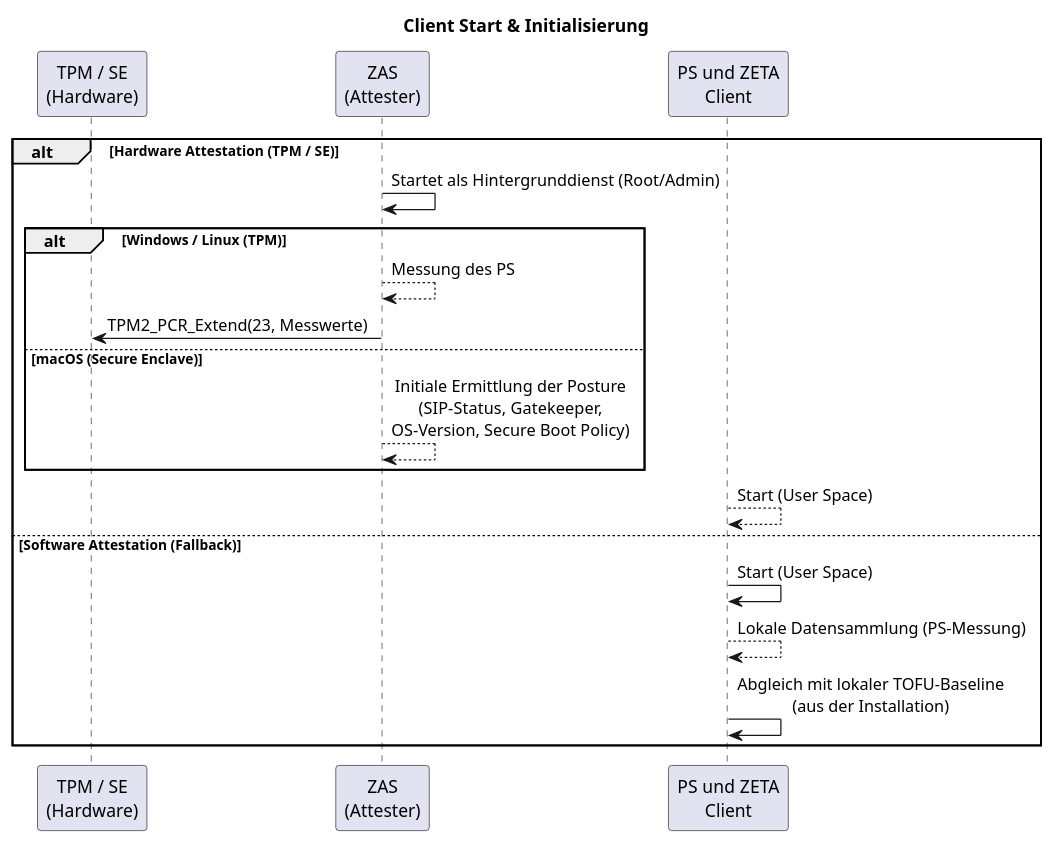
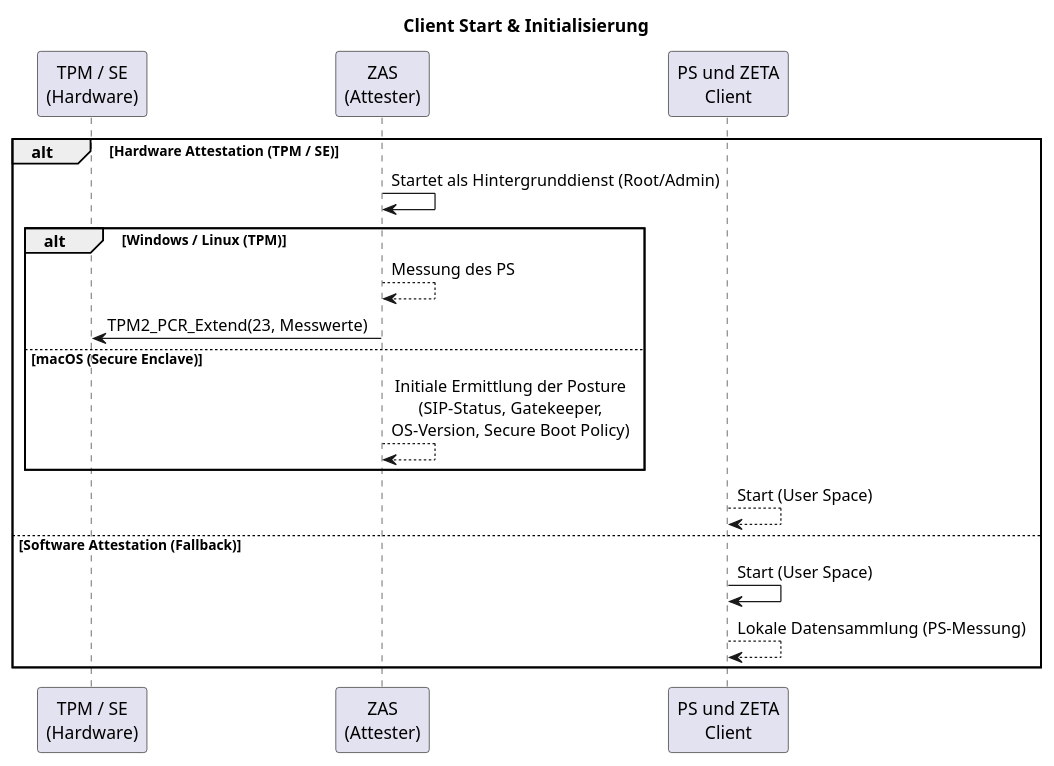
One commit to gematik/zeta changed the diagram in src/plantuml/tmp/attestation-flows/client-start.puml. Above: the diagram before and after it, drawn with PlantUML. The commit also changed 3 other files, not shown here.

Commit message:
refactor: update attestation flow PlantUML diagrams to clarify token exchange and hardware TPM processes

```diff
--- a/src/plantuml/tmp/attestation-flows/client-start.puml
+++ b/src/plantuml/tmp/attestation-flows/client-start.puml
@@ -1,27 +1,26 @@
 @startuml "client-start"
 skinparam sequenceMessageAlign center
 title Client Start & Initialisierung
 
 participant "TPM / SE\n(Hardware)" as TPM
 participant "ZAS\n(Attester)" as ZAS
 participant "PS und ZETA\nClient" as Client
 
 alt Hardware Attestation (TPM / SE)
     ZAS -> ZAS: Startet als Hintergrunddienst (Root/Admin)
     
     alt Windows / Linux (TPM)
         ZAS --> ZAS: Messung des PS
         ZAS -> TPM: TPM2_PCR_Extend(23, Messwerte)
     else macOS (Secure Enclave)
         ZAS --> ZAS: Initiale Ermittlung der Posture\n(SIP-Status, Gatekeeper,\nOS-Version, Secure Boot Policy)
     end
     
     Client --> Client: Start (User Space)
 
 else Software Attestation (Fallback)
     Client -> Client: Start (User Space)
     Client --> Client: Lokale Datensammlung (PS-Messung)
-    Client -> Client: Abgleich mit lokaler TOFU-Baseline\n(aus der Installation)
 end
 
 @enduml
```
